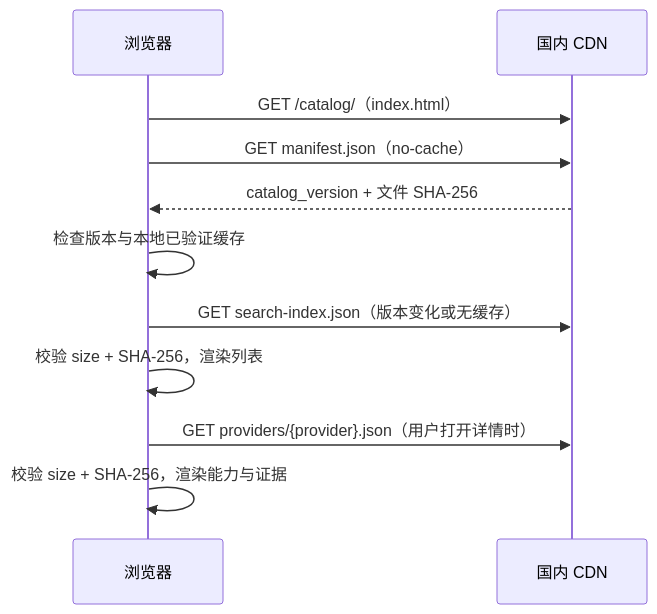
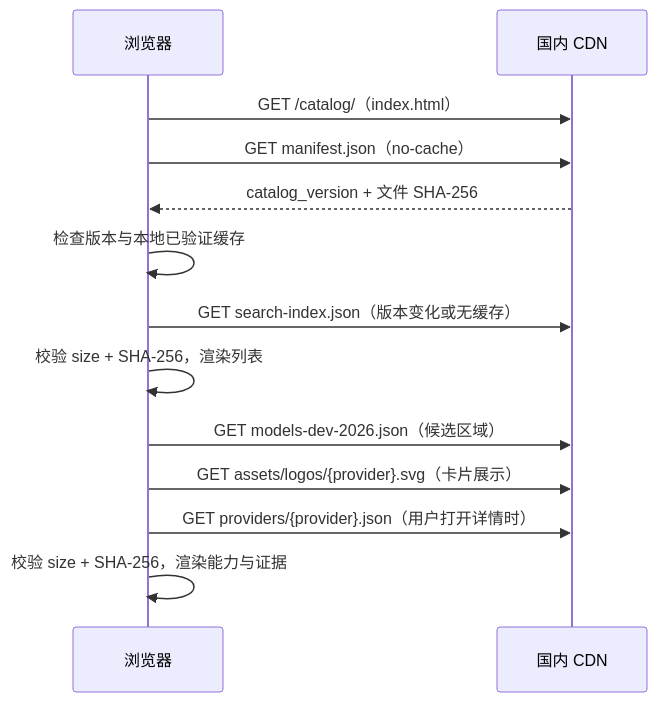
The diagram in docs/web-ui.md (byteluck/public-LLM-catalog), drawn with Mermaid before and after one commit. The commit also changed other lines of this file and 293 other files, not shown here.

Commit message:
补充 models.dev 2026 模型与厂家 Logo

````diff
--- a/docs/web-ui.md
+++ b/docs/web-ui.md
@@ -9,13 +9,15 @@
 ```mermaid
 sequenceDiagram
   participant U as 浏览器
   participant C as 国内 CDN
   U->>C: GET /catalog/（index.html）
   U->>C: GET manifest.json（no-cache）
   C-->>U: catalog_version + 文件 SHA-256
   U->>U: 检查版本与本地已验证缓存
   U->>C: GET search-index.json（版本变化或无缓存）
   U->>U: 校验 size + SHA-256，渲染列表
+  U->>C: GET models-dev-2026.json（候选区域）
+  U->>C: GET assets/logos/{provider}.svg（卡片展示）
   U->>C: GET providers/{provider}.json（用户打开详情时）
   U->>U: 校验 size + SHA-256，渲染能力与证据
 ```
````
